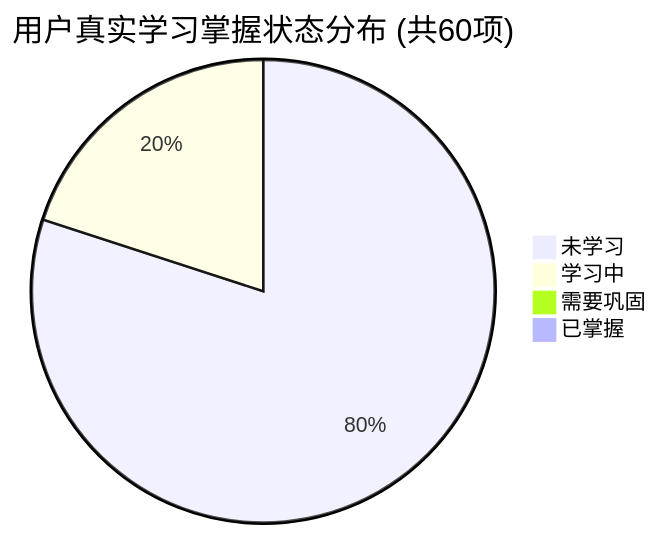
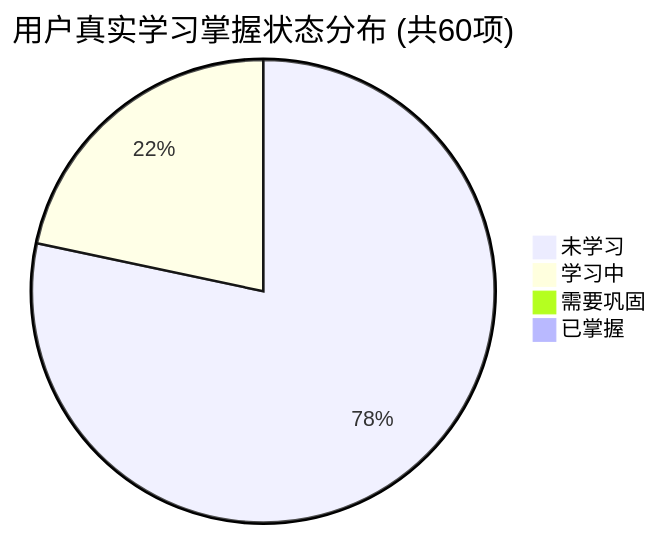
One commit to tieke1121/tech-interview-knowledge-base changed the first of 2 diagrams in PROGRESS.md. Above: the diagram before and after it, drawn with Mermaid. The commit also changed other lines of this file and 1 other file, not shown here.

````diff
--- a/PROGRESS.md
+++ b/PROGRESS.md
@@ -27,7 +27,7 @@
 ```mermaid
 pie title 用户真实学习掌握状态分布 (共60项)
-    "未学习" : 48
-    "学习中" : 12
+    "未学习" : 47
+    "学习中" : 13
     "需要巩固" : 0
     "已掌握" : 0
 ```
````
